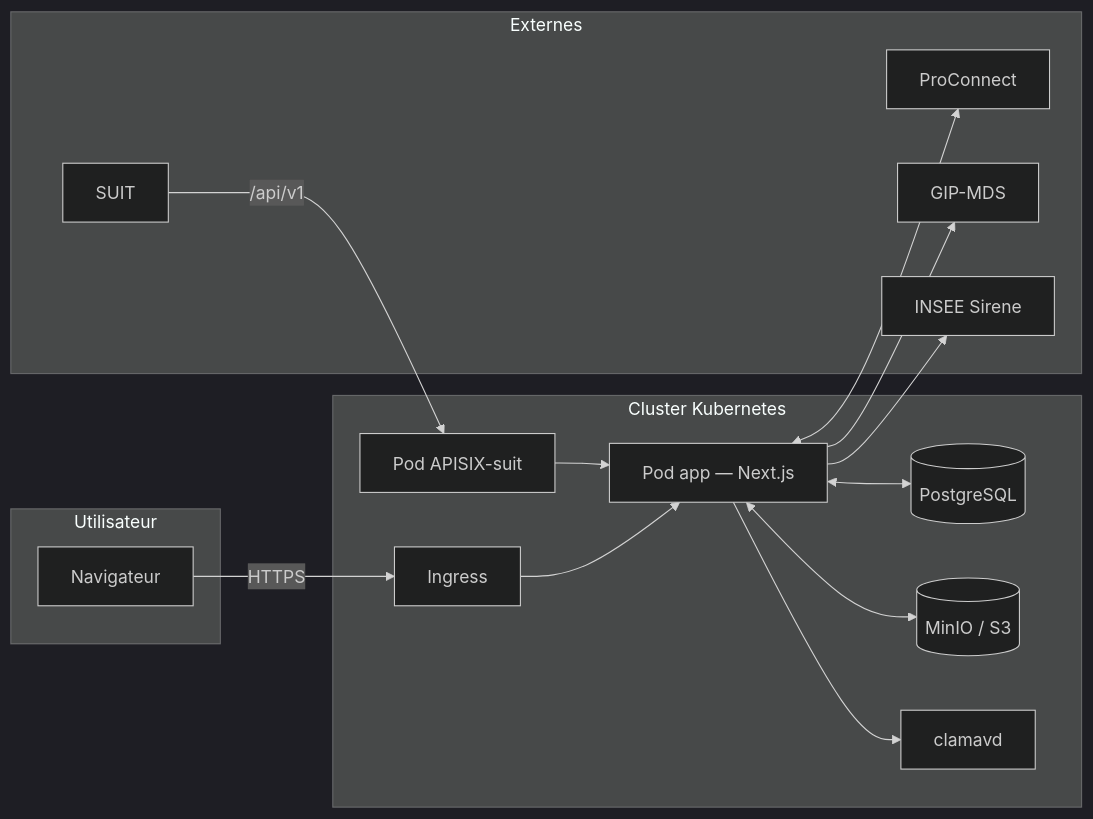
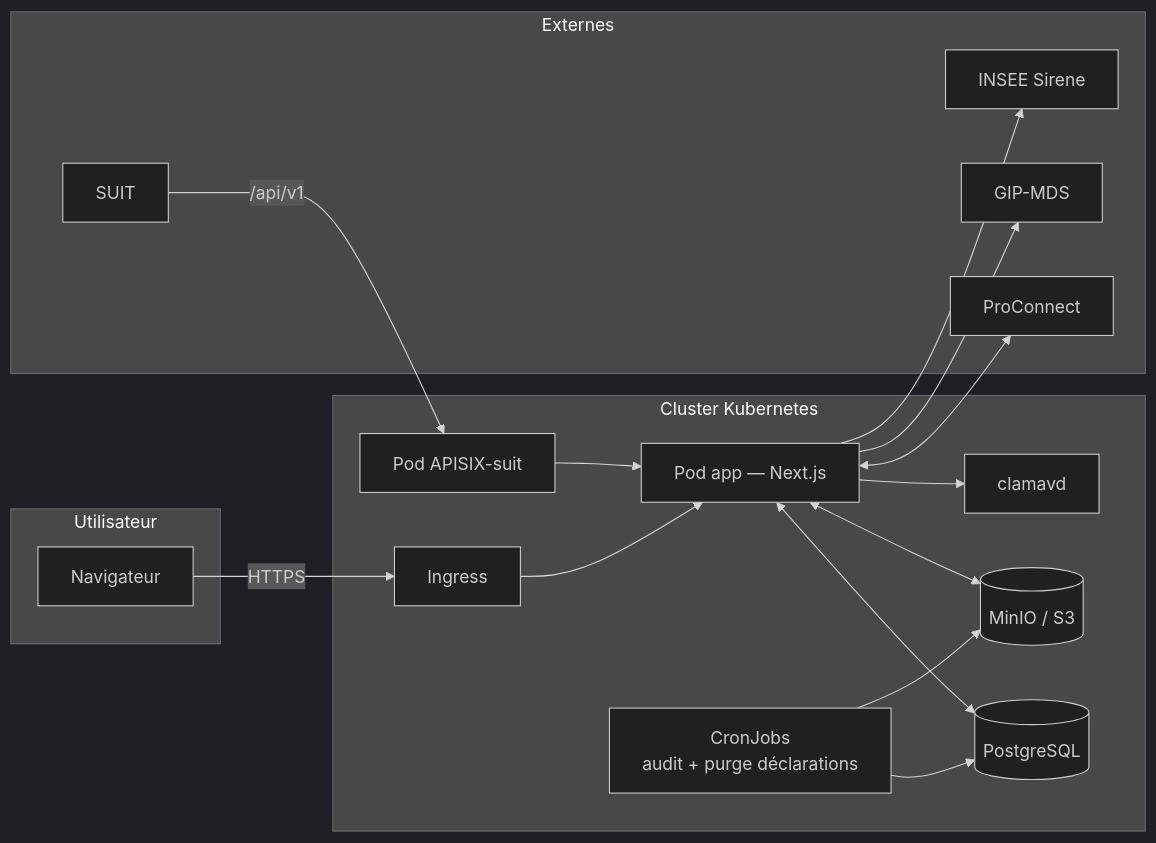
Before and after one commit to SocialGouv/egapro: the first of 6 diagrams in docs/architecture.md, drawn with Mermaid (dark theme). The commit also changed other lines of this file and 1 other file, not shown here.

````diff
--- a/docs/architecture.md
+++ b/docs/architecture.md
@@ -33,30 +33,33 @@
 ```mermaid
 flowchart LR
     subgraph "Utilisateur"
       U[Navigateur]
     end
     subgraph "Cluster Kubernetes"
       I[Ingress]
       A[Pod app — Next.js]
       AP[Pod APISIX-suit]
       DB[(PostgreSQL)]
       S3[(MinIO / S3)]
       AV[clamavd]
+      CR[CronJobs<br/>audit + purge déclarations]
     end
     subgraph "Externes"
       PC[ProConnect]
       GIP[GIP-MDS]
       SI[INSEE Sirene]
       ST[SUIT]
     end
 
     U -->|HTTPS| I
     I --> A
     ST -->|/api/v1| AP --> A
     A <--> DB
     A <--> S3
     A --> AV
     A <--> PC
     A --> GIP
     A --> SI
+    CR --> DB
+    CR --> S3
 ```
````
